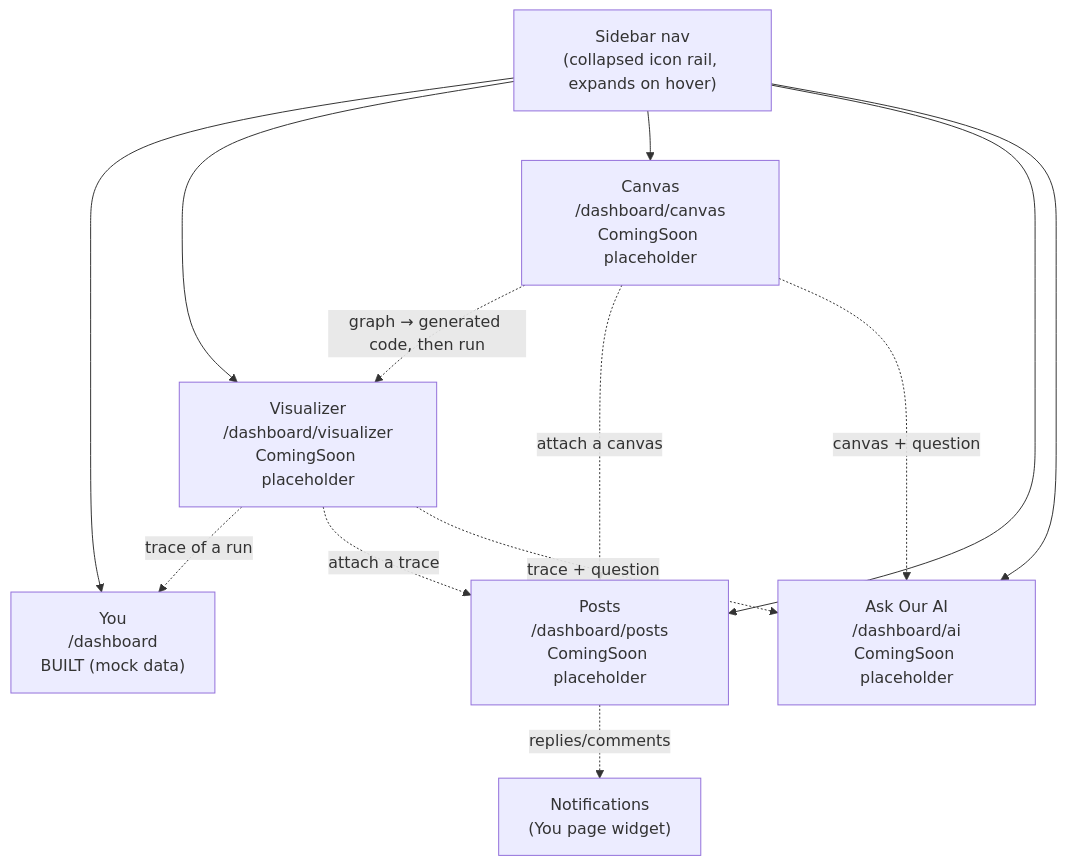
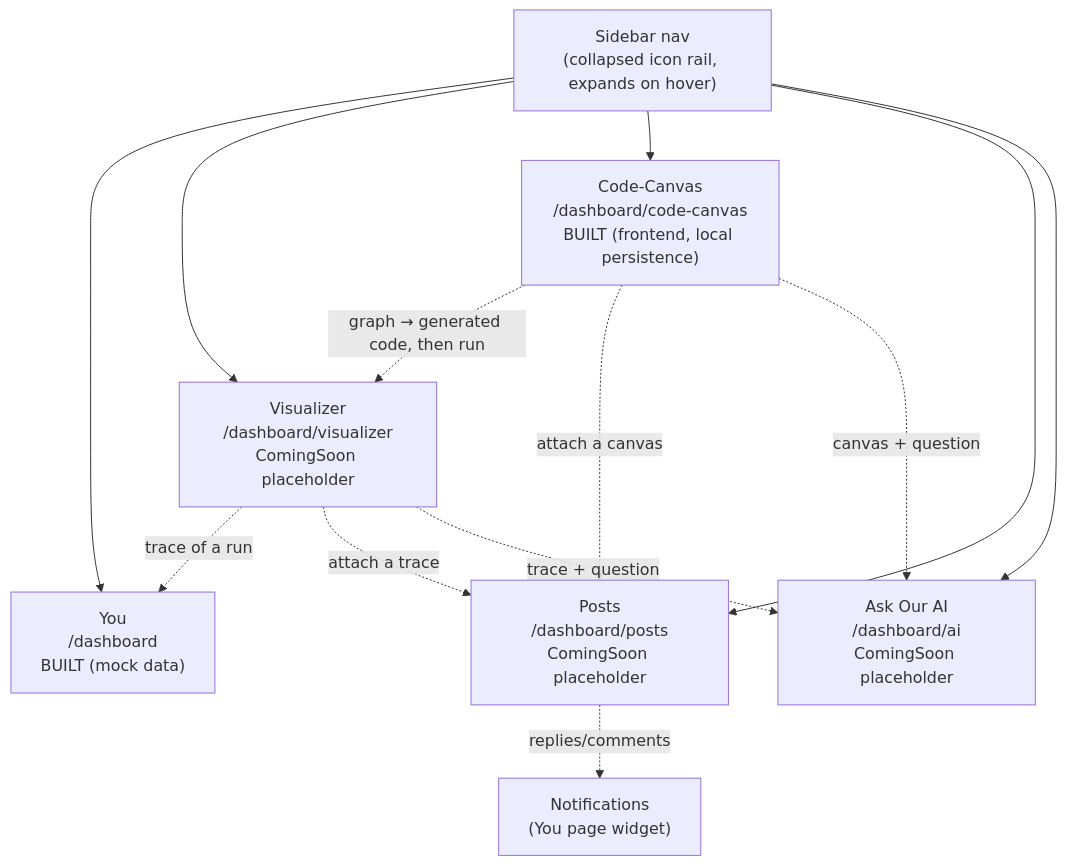
The second of 3 diagrams in BLUEPRINT.md (KrypticENGL/Lattice), drawn with Mermaid before and after one commit. The commit also changed other lines of this file and 9 other files, not shown here.

First line of the commit message:
Build the Code-Canvas node-graph editor

````diff
--- a/BLUEPRINT.md
+++ b/BLUEPRINT.md
@@ -140,17 +140,17 @@
 ```mermaid
 flowchart TB
     Sidebar["Sidebar nav\n(collapsed icon rail, expands on hover)"]
     Sidebar --> You["You\n/dashboard\nBUILT (mock data)"]
     Sidebar --> Visualizer["Visualizer\n/dashboard/visualizer\nComingSoon placeholder"]
-    Sidebar --> Canvas["Canvas\n/dashboard/canvas\nComingSoon placeholder"]
+    Sidebar --> Canvas["Code-Canvas\n/dashboard/code-canvas\nBUILT (frontend, local persistence)"]
     Sidebar --> Posts["Posts\n/dashboard/posts\nComingSoon placeholder"]
     Sidebar --> AI["Ask Our AI\n/dashboard/ai\nComingSoon placeholder"]
 
     Visualizer -.->|"trace of a run"| You
     Canvas -.->|"graph → generated code, then run"| Visualizer
     Visualizer -.->|"attach a trace"| Posts
     Canvas -.->|"attach a canvas"| Posts
     Posts -.->|"replies/comments"| Notif["Notifications\n(You page widget)"]
     Visualizer -.->|"trace + question"| AI
     Canvas -.->|"canvas + question"| AI
 ```
````
